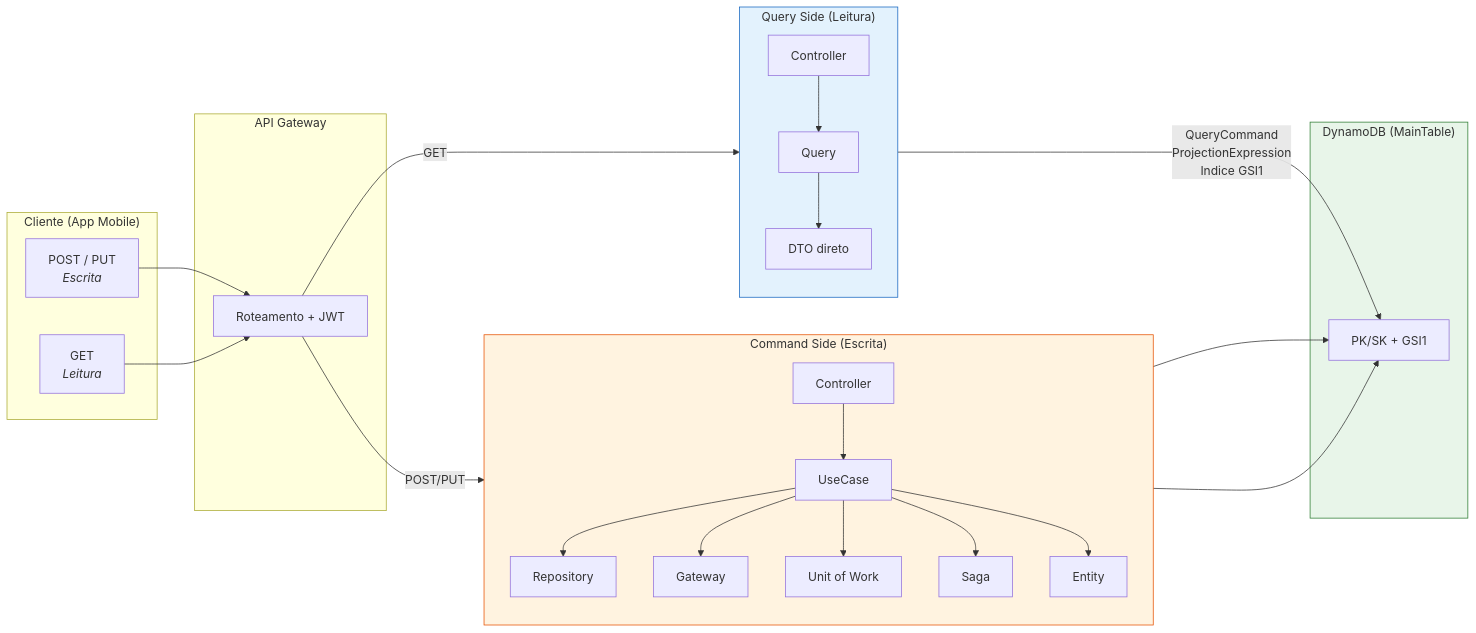
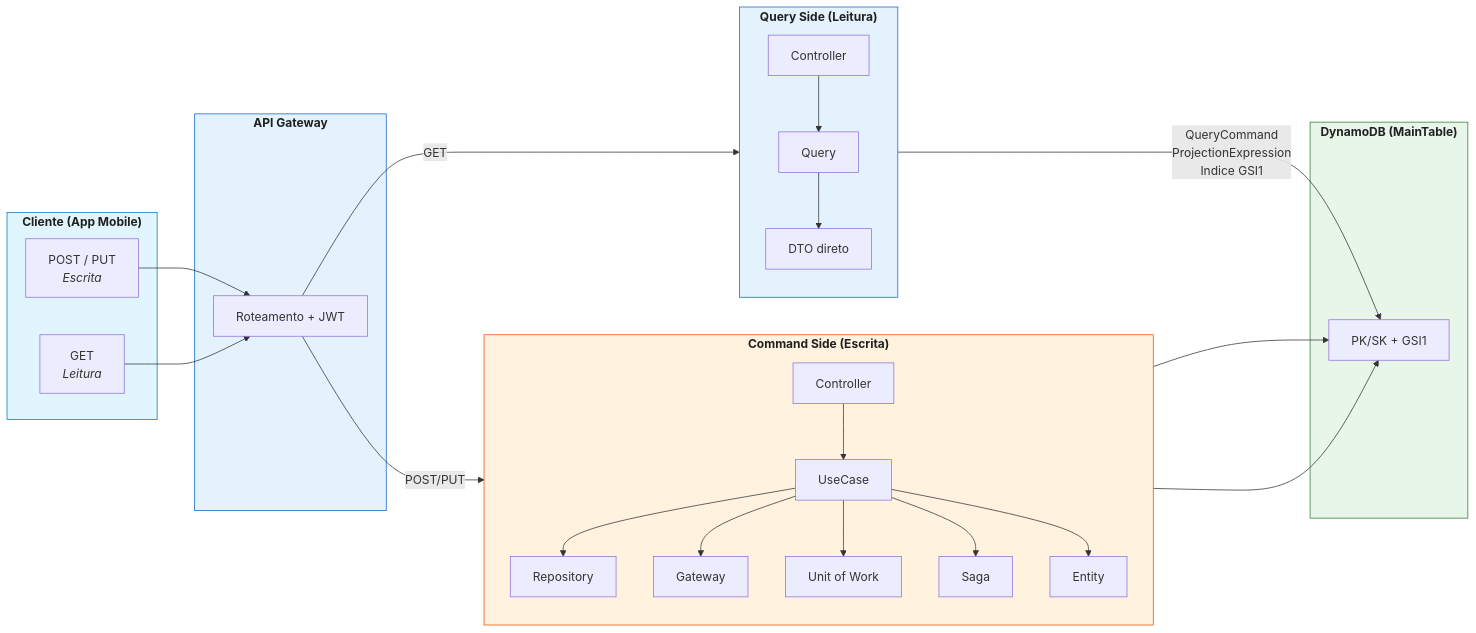
The second of 9 diagrams in foodiary-api/diagrams/PATTERNS_DIAGRAM.md (danillotorresdev/foodiary), drawn with Mermaid before and after one commit. The commit also changed other lines of this file and 2 other files, not shown here.

First line of the commit message:
style(documentation): enhance diagrams with improved readability and formatting

````diff
--- a/foodiary-api/diagrams/PATTERNS_DIAGRAM.md
+++ b/foodiary-api/diagrams/PATTERNS_DIAGRAM.md
@@ -90,57 +91,60 @@
 ```mermaid
+%%{init: {'themeVariables': { 'primaryTextColor': '#212121' }}}%%
 flowchart LR
-  subgraph CLIENT["Cliente (App Mobile)"]
+  subgraph CLIENT["<b>Cliente (App Mobile)</b>"]
     REQ_W["POST / PUT<br/><i>Escrita</i>"]
     REQ_R["GET<br/><i>Leitura</i>"]
   end
 
-  subgraph APIGW["API Gateway"]
+  subgraph APIGW["<b>API Gateway</b>"]
     ROUTE["Roteamento + JWT"]
   end
 
   REQ_W --> ROUTE
   REQ_R --> ROUTE
 
-  subgraph COMMAND_SIDE["Command Side (Escrita)"]
+  subgraph COMMAND_SIDE["<b>Command Side (Escrita)</b>"]
     direction TB
     CTRL_C["Controller"]
     UC["UseCase"]
     REPO_C["Repository"]
     GW["Gateway"]
     UOW_C["Unit of Work"]
     SAGA_C["Saga"]
     ENT["Entity"]
 
     CTRL_C --> UC
     UC --> REPO_C
     UC --> GW
     UC --> UOW_C
     UC --> SAGA_C
     UC --> ENT
   end
 
-  subgraph QUERY_SIDE["Query Side (Leitura)"]
+  subgraph QUERY_SIDE["<b>Query Side (Leitura)</b>"]
     direction TB
     CTRL_Q["Controller"]
     QRY["Query"]
     DTO["DTO direto"]
 
     CTRL_Q --> QRY
     QRY --> DTO
   end
 
   ROUTE -->|"POST/PUT"| CTRL_C
   ROUTE -->|"GET"| CTRL_Q
 
-  subgraph DB["DynamoDB (MainTable)"]
+  subgraph DB["<b>DynamoDB (MainTable)</b>"]
     TABLE["PK/SK + GSI1"]
   end
 
   REPO_C --> TABLE
   UOW_C --> TABLE
   QRY -->|"QueryCommand<br/>ProjectionExpression<br/>Indice GSI1"| TABLE
 
-  style COMMAND_SIDE fill:#fff3e0,stroke:#e65100
-  style QUERY_SIDE fill:#e3f2fd,stroke:#1565c0
-  style DB fill:#e8f5e9,stroke:#2e7d32
+  style COMMAND_SIDE fill:#fff3e0,stroke:#e65100,color:#212121
+  style QUERY_SIDE fill:#e3f2fd,stroke:#1565c0,color:#212121
+  style DB fill:#e8f5e9,stroke:#2e7d32,color:#212121
+  style CLIENT fill:#e1f5fe,stroke:#0277bd,color:#212121
+  style APIGW fill:#e3f2fd,stroke:#1565c0,color:#212121
 ```
````
